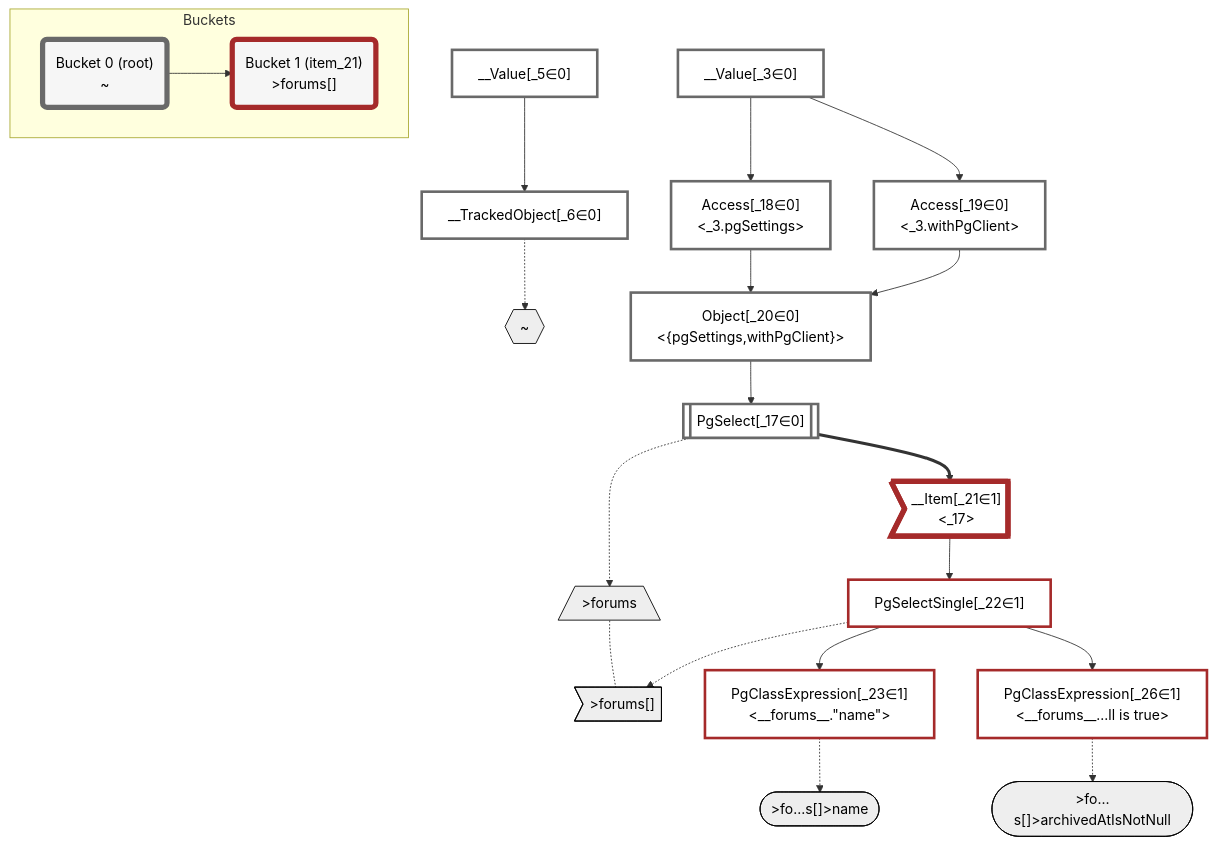
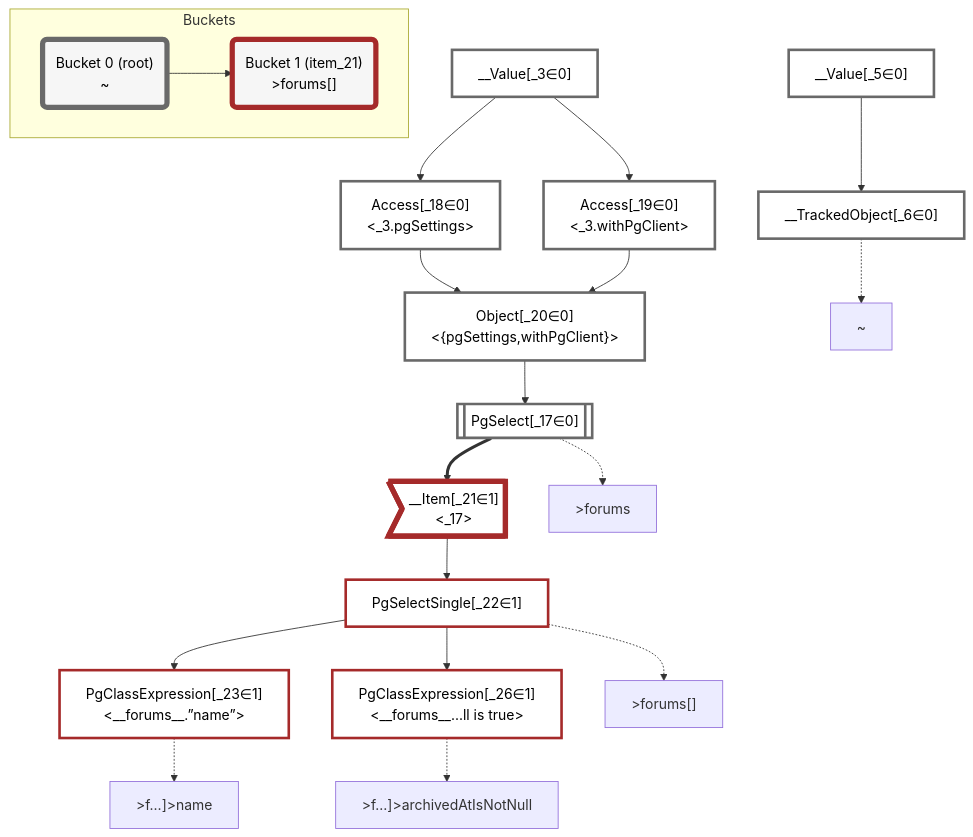
Before and after one commit to graphile/crystal: the diagram in packages/dataplan-pg/__tests__/queries/super-simple/expression-plan.mermaid.md, drawn with Mermaid. The commit also changed 195 other files, not shown here.

````diff
--- a/packages/dataplan-pg/__tests__/queries/super-simple/expression-plan.mermaid.md
+++ b/packages/dataplan-pg/__tests__/queries/super-simple/expression-plan.mermaid.md
@@ -1,66 +1,60 @@
 ```mermaid
 graph TD
     classDef path fill:#eee,stroke:#000,color:#000
     classDef plan fill:#fff,stroke-width:3px,color:#000
     classDef itemplan fill:#fff,stroke-width:6px,color:#000
     classDef sideeffectplan fill:#f00,stroke-width:6px,color:#000
     classDef bucket fill:#f6f6f6,color:#000,stroke-width:6px
 
-    %% subgraph fields
-    P1{{"~"}}:::path
-    P2[/">forums"\]:::path
-    P3>">forums[]"]:::path
-    P2 -.- P3
-    P4([">fo…s[]>name"]):::path
-    %% P3 -.-> P4
-    P5([">fo…s[]>archivedAtIsNotNull"]):::path
-    %% P3 -.-> P5
-    %% P1 -.-> P2
-    %% end
 
     %% define plans
     __Value_3["__Value[_3∈0]<br /><context>"]:::plan
     __Value_5["__Value[_5∈0]<br /><rootValue>"]:::plan
     __TrackedObject_6["__TrackedObject[_6∈0]"]:::plan
     PgSelect_17[["PgSelect[_17∈0]<br /><forums>"]]:::plan
     Access_18["Access[_18∈0]<br /><_3.pgSettings>"]:::plan
     Access_19["Access[_19∈0]<br /><_3.withPgClient>"]:::plan
     Object_20["Object[_20∈0]<br /><{pgSettings,withPgClient}>"]:::plan
     __Item_21>"__Item[_21∈1]<br /><_17>"]:::itemplan
     PgSelectSingle_22["PgSelectSingle[_22∈1]<br /><forums>"]:::plan
-    PgClassExpression_23["PgClassExpression[_23∈1]<br /><__forums__.#quot;name#quot;>"]:::plan
+    PgClassExpression_23["PgClassExpression[_23∈1]<br /><__forums__.”name”>"]:::plan
     PgClassExpression_26["PgClassExpression[_26∈1]<br /><__forums__...ll is true>"]:::plan
 
     %% plan dependencies
     __Value_5 --> __TrackedObject_6
     Object_20 --> PgSelect_17
     __Value_3 --> Access_18
     __Value_3 --> Access_19
     Access_18 --> Object_20
     Access_19 --> Object_20
     PgSelect_17 ==> __Item_21
     __Item_21 --> PgSelectSingle_22
     PgSelectSingle_22 --> PgClassExpression_23
     PgSelectSingle_22 --> PgClassExpression_26
 
     %% plan-to-path relationships
+    P1["~"]
     __TrackedObject_6 -.-> P1
+    P2[">forums"]
     PgSelect_17 -.-> P2
+    P3[">forums[]"]
     PgSelectSingle_22 -.-> P3
+    P4[">f…]>name"]
     PgClassExpression_23 -.-> P4
+    P5[">f…]>archivedAtIsNotNull"]
     PgClassExpression_26 -.-> P5
 
     %% allocate buckets
     classDef bucket0 stroke:#696969
     class __Value_3,__Value_5,__TrackedObject_6,PgSelect_17,Access_18,Access_19,Object_20 bucket0
     classDef bucket1 stroke:#a52a2a
     class __Item_21,PgSelectSingle_22,PgClassExpression_23,PgClassExpression_26 bucket1
 
     subgraph Buckets
     Bucket0("Bucket 0 (root)<br />~"):::bucket
     style Bucket0 stroke:#696969
     Bucket1("Bucket 1 (item_21)<br />>forums[]"):::bucket
     style Bucket1 stroke:#a52a2a
     Bucket0 --> Bucket1
     end
 ```
````
